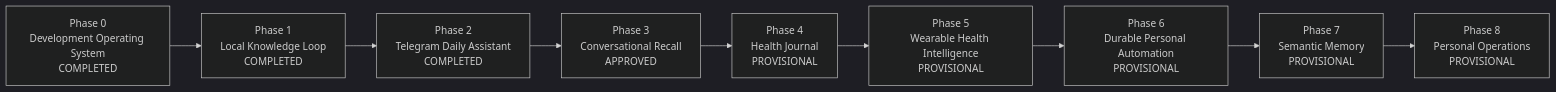
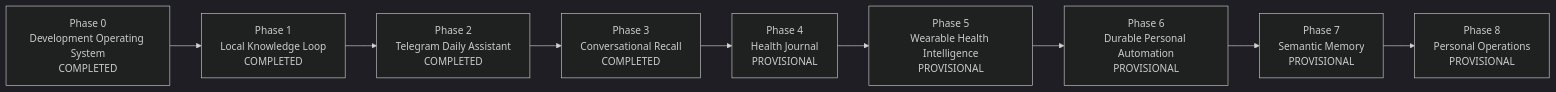
The diagram in docs/ROADMAP.md (bo-ora/PAIOS), drawn with Mermaid (dark theme) before and after one commit. The commit also changed other lines of this file and 5 other files, not shown here.

````diff
--- a/docs/ROADMAP.md
+++ b/docs/ROADMAP.md
@@ -41,14 +44,14 @@
 ```mermaid
 flowchart LR
     P0["Phase 0<br/>Development Operating System<br/>COMPLETED"]
     P1["Phase 1<br/>Local Knowledge Loop<br/>COMPLETED"]
     P2["Phase 2<br/>Telegram Daily Assistant<br/>COMPLETED"]
-    P3["Phase 3<br/>Conversational Recall<br/>APPROVED"]
+    P3["Phase 3<br/>Conversational Recall<br/>COMPLETED"]
     P4["Phase 4<br/>Health Journal<br/>PROVISIONAL"]
     P5["Phase 5<br/>Wearable Health Intelligence<br/>PROVISIONAL"]
     P6["Phase 6<br/>Durable Personal Automation<br/>PROVISIONAL"]
     P7["Phase 7<br/>Semantic Memory<br/>PROVISIONAL"]
     P8["Phase 8<br/>Personal Operations<br/>PROVISIONAL"]
 
     P0 --> P1 --> P2 --> P3 --> P4 --> P5 --> P6 --> P7 --> P8
 ```
````
